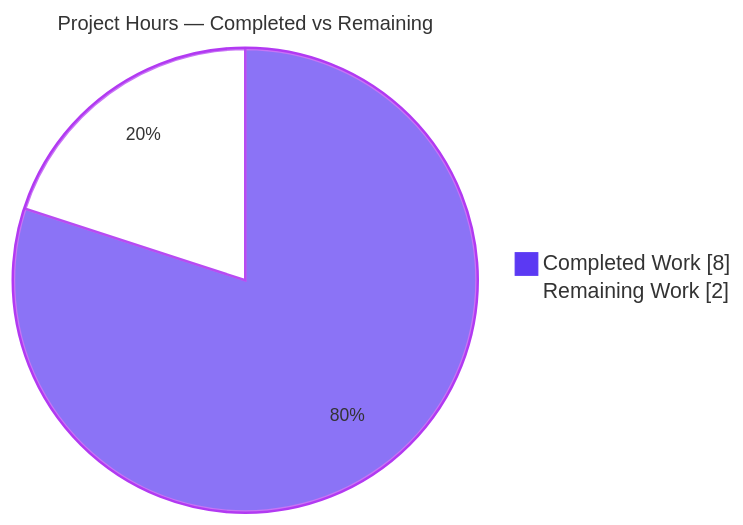
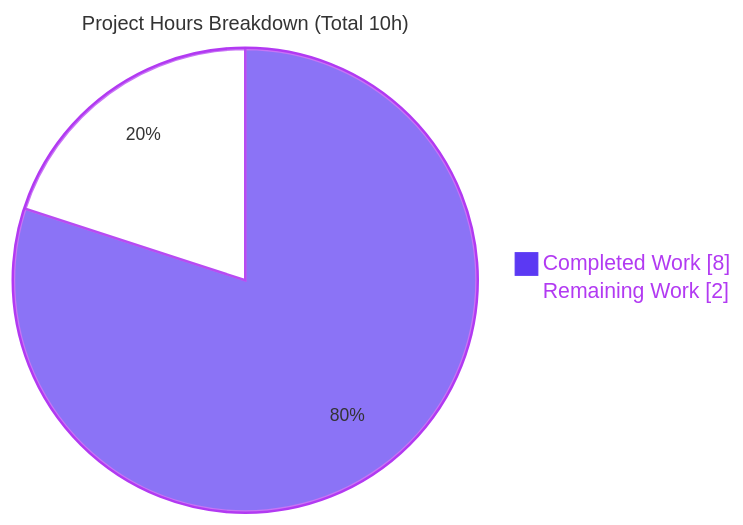
One commit to Sandeep02Kumar02/12-dec-existing-projects-qa-test-2 changed the second of 3 diagrams in blitzy/documentation/Project Guide.md. Above: the diagram before and after it, drawn with Mermaid. The commit also changed other lines of this file, not shown here.

Commit message:
Adding Blitzy Project Guide: Project Status and Human Tasks Remaining

````diff
--- a/blitzy/documentation/Project Guide.md
+++ b/blitzy/documentation/Project Guide.md
@@ -185,6 +182,6 @@
 ```mermaid
-%%{init: {'theme':'base', 'themeVariables': {'pie1':'#5B39F3','pie2':'#FFFFFF','pieStrokeColor':'#B23AF2','pieOuterStrokeColor':'#B23AF2','pieStrokeWidth':'2px','pieTitleTextSize':'16px','pieSectionTextSize':'14px'}}}%%
-pie showData title Project Hours — Completed vs Remaining
+%%{init: {'theme':'base', 'themeVariables': {'pie1':'#5B39F3','pie2':'#FFFFFF','pieStrokeColor':'#B23AF2','pieOuterStrokeColor':'#B23AF2','pieStrokeWidth':'2px','pieTitleTextSize':'16px','pieSectionTextSize':'14px','pieLegendTextColor':'#B23AF2'}}}%%
+pie showData title Project Hours Breakdown (Total 10h)
     "Completed Work" : 8
     "Remaining Work" : 2
 ```
````
